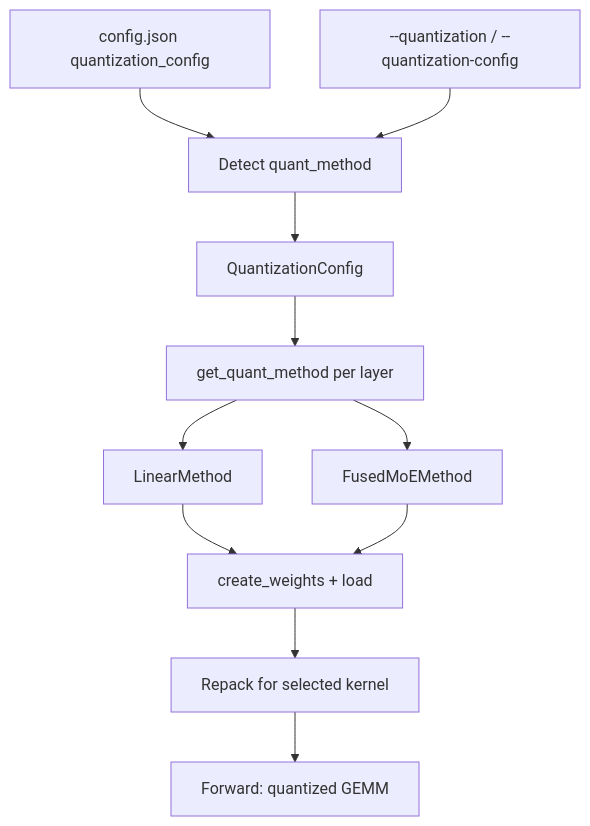
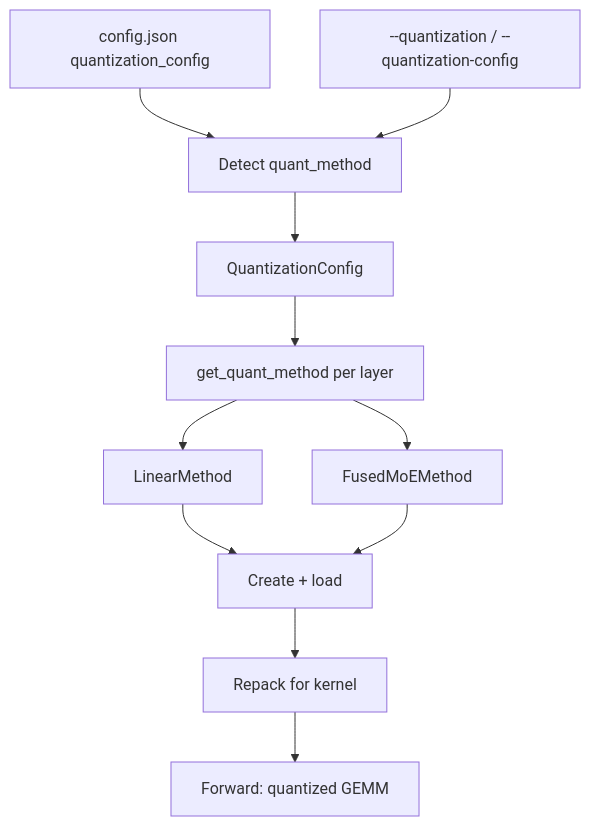
The diagram in src/content/posts/vllm-quantization.md (lxy-alexander/VoidIndex), drawn with Mermaid before and after one commit. The commit also changed other lines of this file, not shown here.

````diff
--- a/src/content/posts/vllm-quantization.md
+++ b/src/content/posts/vllm-quantization.md
@@ -50,13 +56,13 @@
 ```mermaid
 flowchart TD
   A["config.json quantization_config"] --> B["Detect quant_method"]
   U["--quantization / --quantization-config"] --> B
   B --> C[QuantizationConfig]
   C --> D["get_quant_method per layer"]
   D --> E[LinearMethod]
   D --> F[FusedMoEMethod]
-  E --> G["create_weights + load"]
+  E --> G["Create + load"]
   F --> G
-  G --> H["Repack for selected kernel"]
+  G --> H["Repack for kernel"]
   H --> I["Forward: quantized GEMM"]
 ```
````
